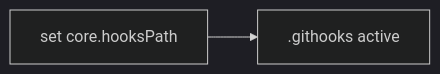
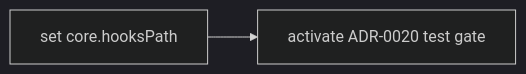
One commit to cptntrps/bookmatch changed the third of 4 diagrams in docs/3_WORKFLOWS.md. Above: the diagram before and after it, drawn with Mermaid (dark theme). The commit also changed other lines of this file and 5 other files, not shown here.

````diff
--- a/docs/3_WORKFLOWS.md
+++ b/docs/3_WORKFLOWS.md
@@ -90,4 +91,4 @@
 ```mermaid
 graph LR
-    A[set core.hooksPath] --> B[.githooks active]
+    A[set core.hooksPath] --> B[activate ADR-0020 test gate]
 ```
````
